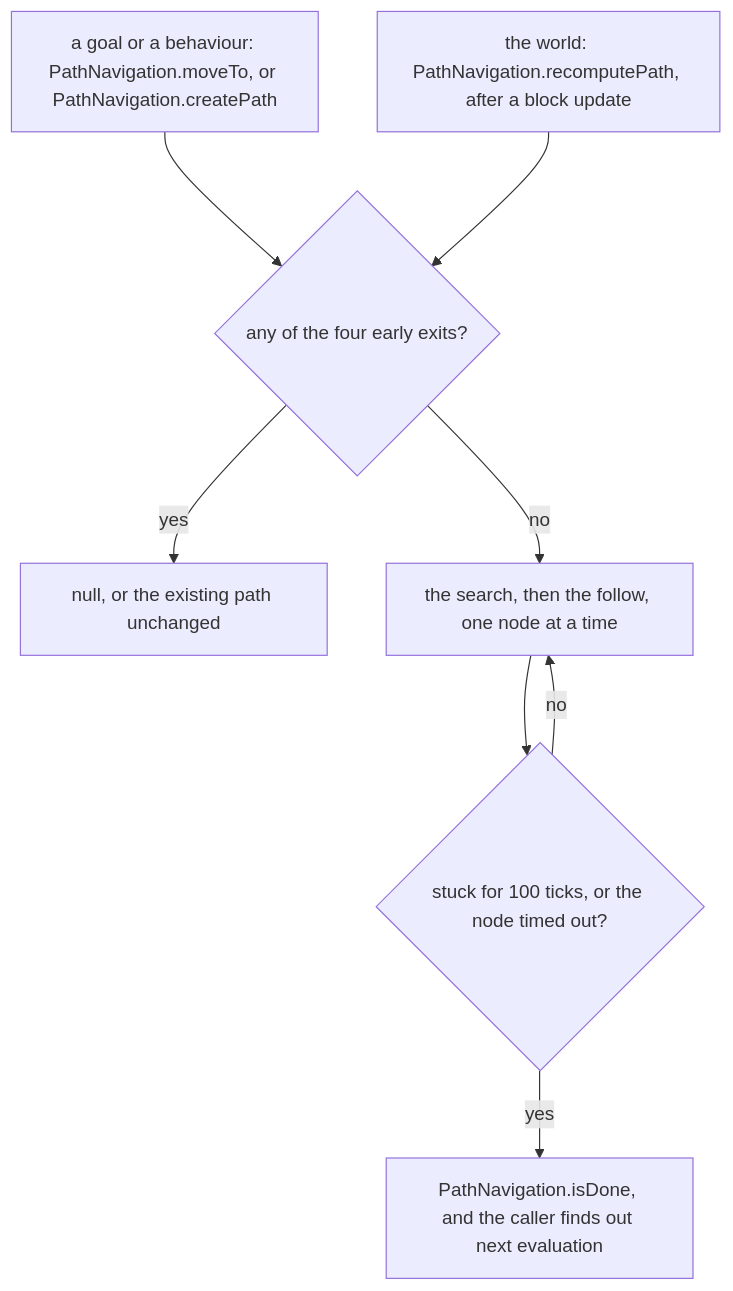
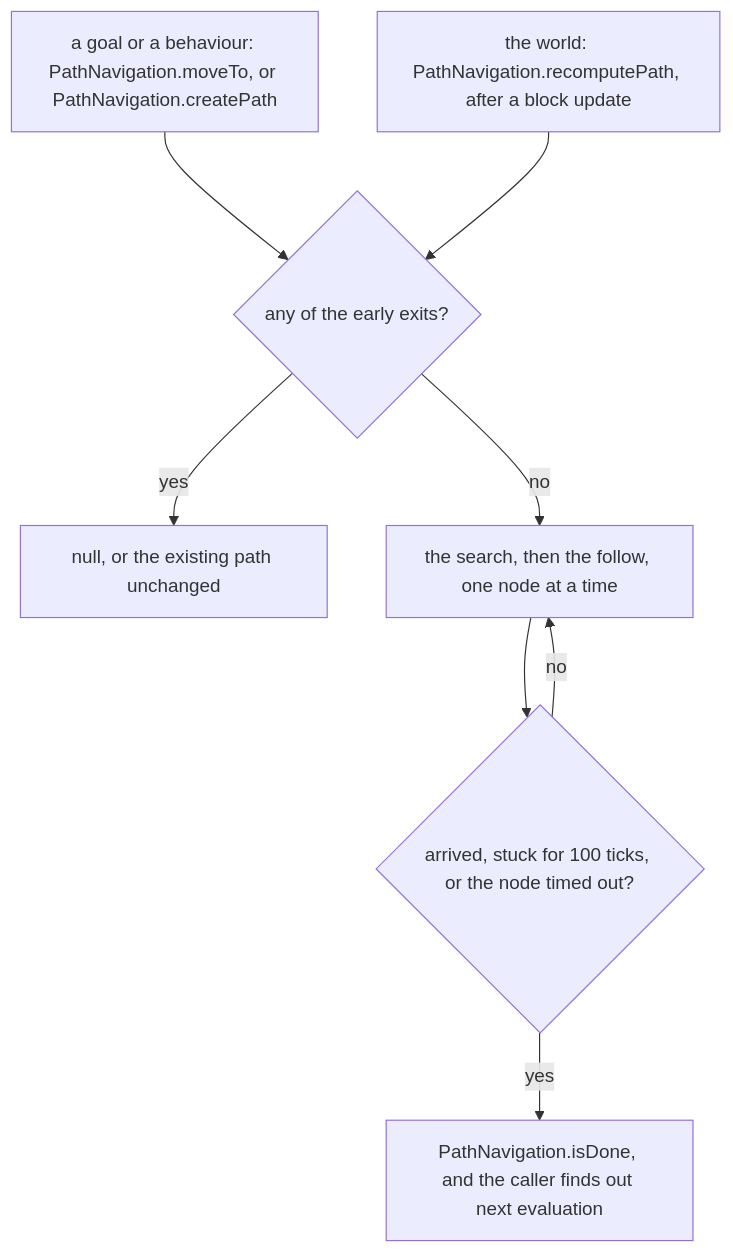
One commit to AlexanderjFraser/MinecraftDocs changed the first of 2 diagrams in src/systems/entities/pathfinding.md. Above: the diagram before and after it, drawn with Mermaid. The commit also changed other lines of this file and 21 other files, not shown here.

````diff
--- a/src/systems/entities/pathfinding.md
+++ b/src/systems/entities/pathfinding.md
@@ -44,18 +45,18 @@
 ```mermaid
 flowchart TD
     WANT["a goal or a behaviour: PathNavigation.moveTo, or PathNavigation.createPath"]
     WORLD["the world: PathNavigation.recomputePath, after a block update"]
-    GATE{"any of the four early exits?"}
+    GATE{"any of the early exits?"}
     NULL["null, or the existing path unchanged"]
     RUN["the search, then the follow, one node at a time"]
-    GIVEUP{"stuck for 100 ticks, or the node timed out?"}
+    GIVEUP{"arrived, stuck for 100 ticks, or the node timed out?"}
     DONE["PathNavigation.isDone, and the caller finds out next evaluation"]
 
     WANT --> GATE
     WORLD --> GATE
     GATE -- "yes" --> NULL
     GATE -- "no" --> RUN
     RUN --> GIVEUP
     GIVEUP -- "yes" --> DONE
     GIVEUP -- "no" --> RUN
 ```
````
